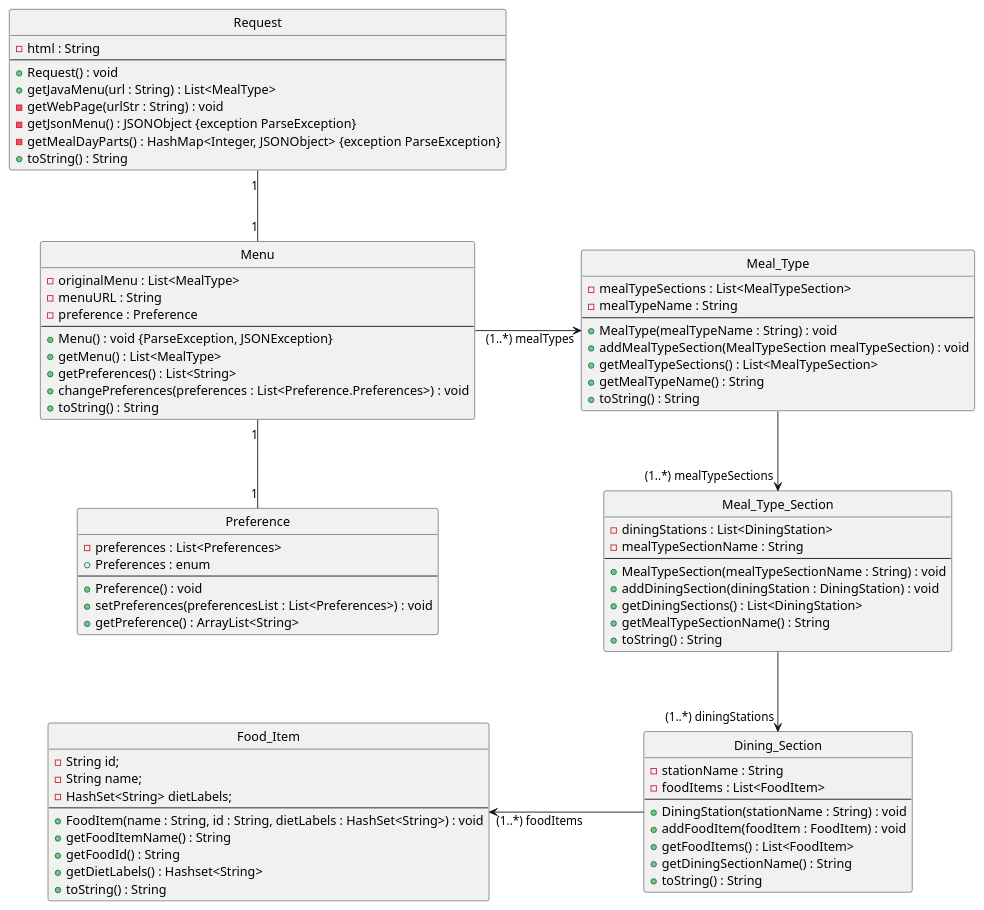
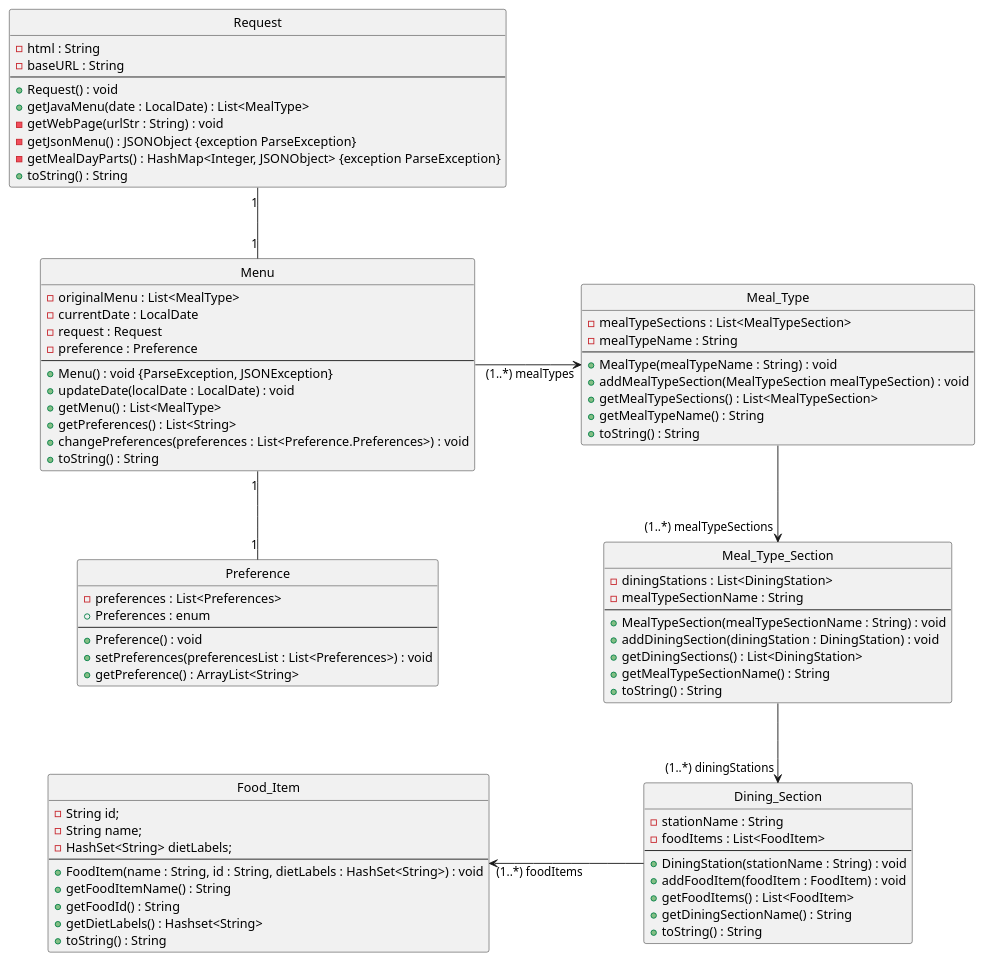
One commit to EzekielEkanem/team-1d changed the diagram in intellij/doc/class-diagram.md. Above: the diagram before and after it, drawn with PlantUML. The commit also changed 1 other file, not shown here.

Commit message:
Update class diagram and browse sequence diagram

```diff
--- a/intellij/doc/class-diagram.md
+++ b/intellij/doc/class-diagram.md
@@ -6,10 +6,12 @@
 ' classes
 class Menu{
 -originalMenu : List<MealType>
--menuURL : String
+-currentDate : LocalDate
+-request : Request
 -preference : Preference
 --
 +Menu() : void {ParseException, JSONException}
++updateDate(localDate : LocalDate) : void
 +getMenu() : List<MealType> 
 +getPreferences() : List<String> 
 +changePreferences(preferences : List<Preference.Preferences>) : void
@@ -30,9 +32,10 @@
 
 class Request{
 -html : String
+-baseURL : String
 --
 +Request() : void
-+getJavaMenu(url : String) : List<MealType>
++getJavaMenu(date : LocalDate) : List<MealType>
 -getWebPage(urlStr : String) : void
 -getJsonMenu() : JSONObject {exception ParseException}
 -getMealDayParts() : HashMap<Integer, JSONObject> {exception ParseException}
```
